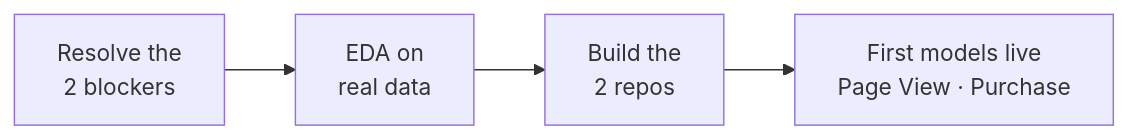
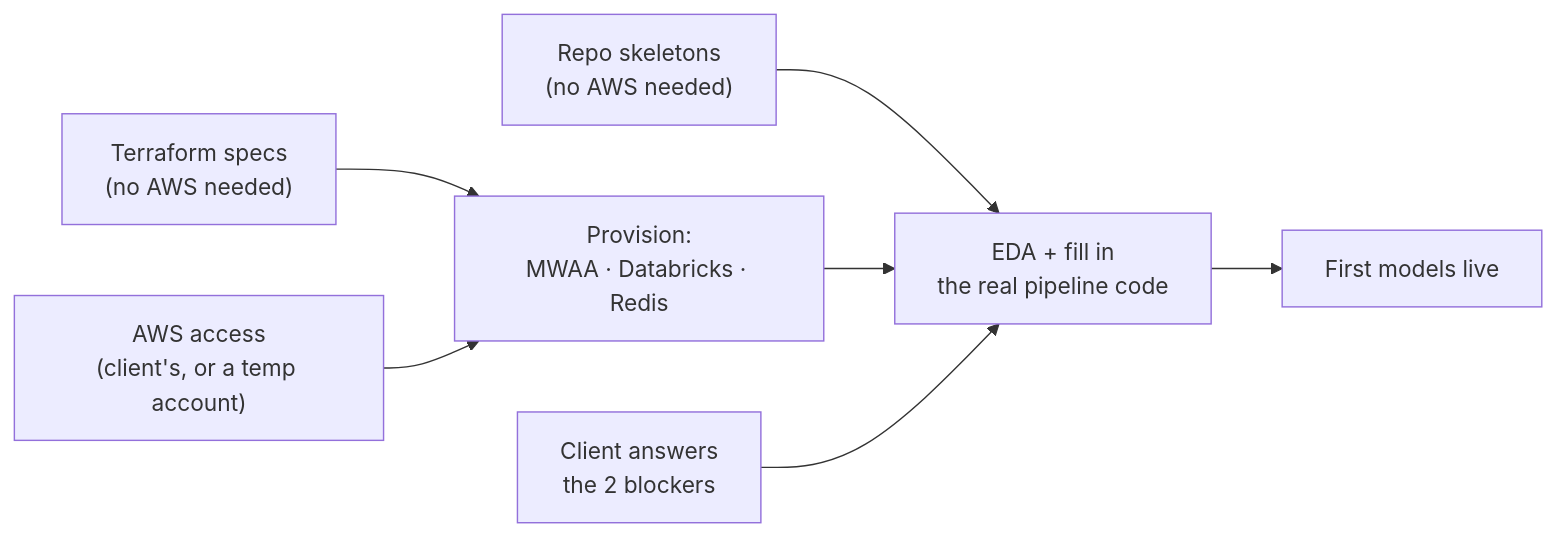
Before and after one commit to cunha-sigma/ml_offline: diagram 13 of 13 in reports/2026-10-20-ml-offline-design-present/slides.md, drawn with Mermaid. The commit also changed other lines of this file, not shown here.

````diff
--- a/reports/2026-10-20-ml-offline-design-present/slides.md
+++ b/reports/2026-10-20-ml-offline-design-present/slides.md
@@ -542,4 +745,9 @@
 ```mermaid
 flowchart LR
-  B["Resolve the<br/>2 blockers"] --> EDA["EDA on<br/>real data"] --> BUILD["Build the<br/>2 repos"] --> LIVE["First models live<br/>Page View · Purchase"]
+  SKEL["Repo skeletons<br/>(no AWS needed)"] --> EDA
+  TF["Terraform specs<br/>(no AWS needed)"] --> PROV
+  ACCT["AWS access<br/>(client's, or a temp account)"] --> PROV["Provision:<br/>MWAA · Databricks · Redis"]
+  PROV --> EDA
+  CLIENT["Client answers<br/>the 2 blockers"] --> EDA["EDA + fill in<br/>the real pipeline code"]
+  EDA --> LIVE["First models live"]
 ```
````
